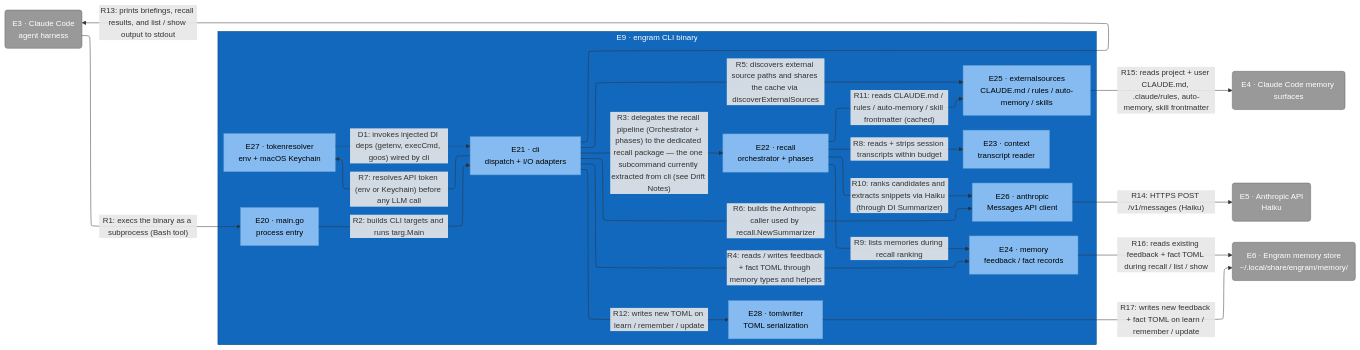
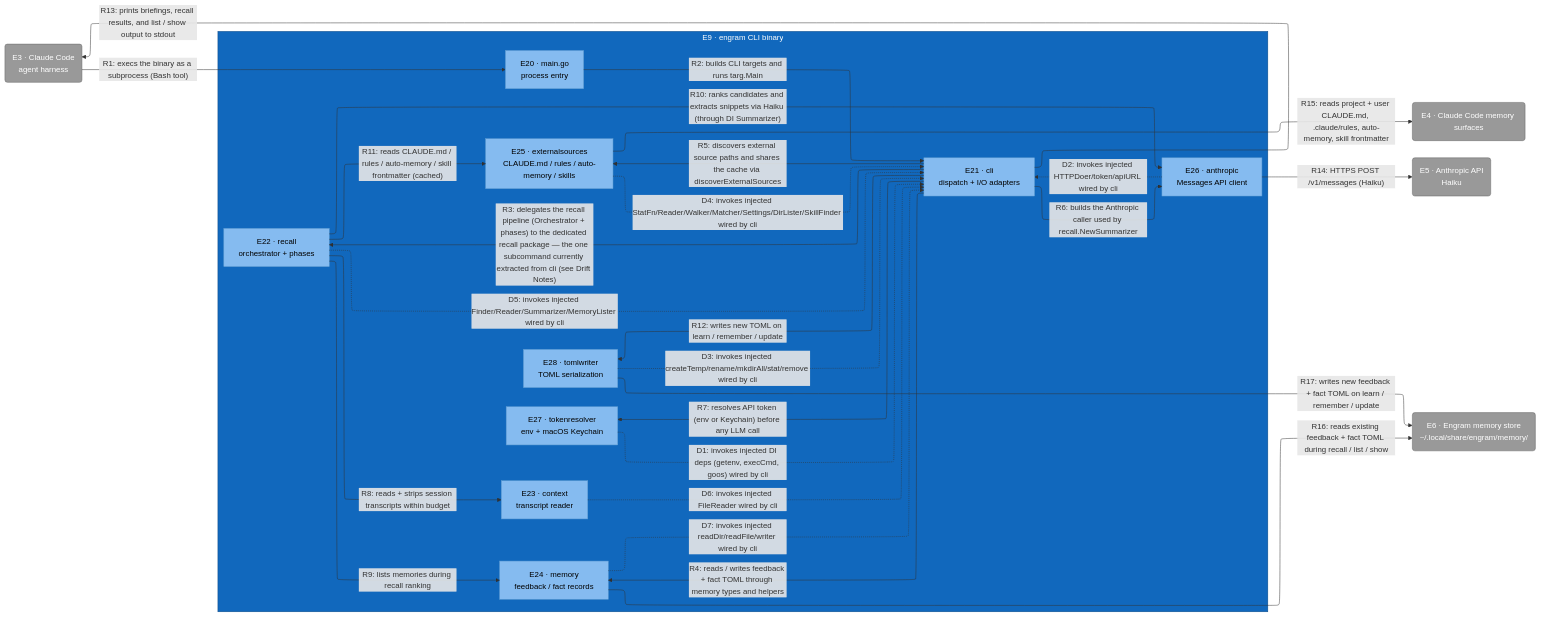
Before and after one commit to toejough/engram: the diagram in architecture/c4/svg/c3-engram-cli-binary.mmd, drawn with Mermaid. The commit also changed 56 other files, not shown here.

```diff
--- a/architecture/c4/svg/c3-engram-cli-binary.mmd
+++ b/architecture/c4/svg/c3-engram-cli-binary.mmd
@@ -1,46 +1,52 @@
 %%{init: {'flowchart': {'defaultRenderer': 'elk'}}}%%
 flowchart LR
     classDef person      fill:#08427b,stroke:#052e56,color:#fff
     classDef external    fill:#999,   stroke:#666,   color:#fff
     classDef container   fill:#1168bd,stroke:#0b4884,color:#fff
     classDef component   fill:#85bbf0,stroke:#5d9bd1,color:#000
 
     e3(E3 · Claude Code<br/>agent harness)
     e4(E4 · Claude Code memory surfaces)
     e5(E5 · Anthropic API<br/>Haiku)
     e6(E6 · Engram memory store<br/>~/.local/share/engram/memory/)
 
     subgraph e9 [E9 · engram CLI binary]
         e20[E20 · main.go<br/>process entry]
         e21[E21 · cli<br/>dispatch + I/O adapters]
         e22[E22 · recall<br/>orchestrator + phases]
         e23[E23 · context<br/>transcript reader]
         e24[E24 · memory<br/>feedback / fact records]
         e25[E25 · externalsources<br/>CLAUDE.md / rules / auto-memory / skills]
         e26[E26 · anthropic<br/>Messages API client]
         e27[E27 · tokenresolver<br/>env + macOS Keychain]
         e28[E28 · tomlwriter<br/>TOML serialization]
     end
 
     e3 -->|"R1: execs the binary as a subprocess (Bash tool)"| e20
     e20 -->|"R2: builds CLI targets and runs targ.Main"| e21
     e21 -->|"R3: delegates the recall pipeline (Orchestrator + phases) to the dedicated recall package — the one subcommand currently extracted from cli (see Drift Notes)"| e22
     e21 -->|"R4: reads / writes feedback + fact TOML through memory types and helpers"| e24
     e21 -->|"R5: discovers external source paths and shares the cache via discoverExternalSources"| e25
     e21 -->|"R6: builds the Anthropic caller used by recall.NewSummarizer"| e26
     e21 -->|"R7: resolves API token (env or Keychain) before any LLM call"| e27
     e27 -.->|"D1: invokes injected DI deps (getenv, execCmd, goos) wired by cli"| e21
     e22 -->|"R8: reads + strips session transcripts within budget"| e23
     e22 -->|"R9: lists memories during recall ranking"| e24
     e22 -->|"R10: ranks candidates and extracts snippets via Haiku (through DI Summarizer)"| e26
     e22 -->|"R11: reads CLAUDE.md / rules / auto-memory / skill frontmatter (cached)"| e25
     e21 -->|"R12: writes new TOML on learn / remember / update"| e28
     e21 -->|"R13: prints briefings, recall results, and list / show output to stdout"| e3
     e26 -->|"R14: HTTPS POST /v1/messages (Haiku)"| e5
     e25 -->|"R15: reads project + user CLAUDE.md, .claude/rules, auto-memory, skill frontmatter"| e4
     e24 -->|"R16: reads existing feedback + fact TOML during recall / list / show"| e6
     e28 -->|"R17: writes new feedback + fact TOML on learn / remember / update"| e6
+    e26 -.->|"D2: invokes injected HTTPDoer/token/apiURL wired by cli"| e21
+    e28 -.->|"D3: invokes injected createTemp/rename/mkdirAll/stat/remove wired by cli"| e21
+    e25 -.->|"D4: invokes injected StatFn/Reader/Walker/Matcher/Settings/DirLister/SkillFinder wired by cli"| e21
+    e22 -.->|"D5: invokes injected Finder/Reader/Summarizer/MemoryLister wired by cli"| e21
+    e23 -.->|"D6: invokes injected FileReader wired by cli"| e21
+    e24 -.->|"D7: invokes injected readDir/readFile/writer wired by cli"| e21
 
     class e3,e4,e5,e6 external
     class e20,e21,e22,e23,e24,e25,e26,e27,e28 component
     class e9 container
```
